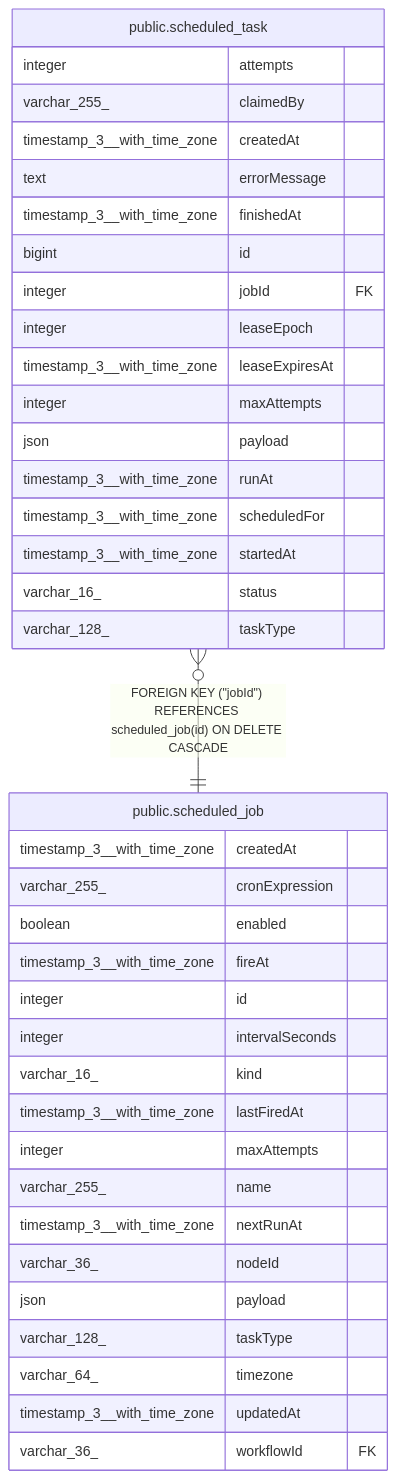
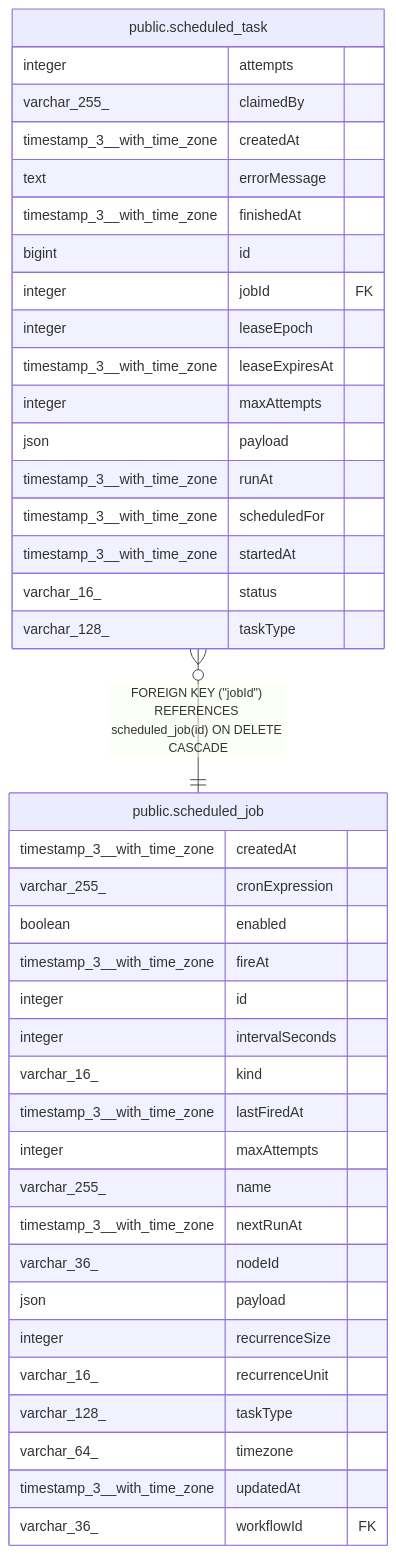
Before and after one commit to mayankjain1815-commits/n8n: the diagram in docs/generated/postgres-schema/public.scheduled_task.md, drawn with Mermaid. The commit also changed 36 other files, not shown here.

````diff
--- a/docs/generated/postgres-schema/public.scheduled_task.md
+++ b/docs/generated/postgres-schema/public.scheduled_task.md
@@ -56,43 +56,45 @@
 ```mermaid
 erDiagram
 
 "public.scheduled_task" }o--|| "public.scheduled_job" : "FOREIGN KEY (#quot;jobId#quot;) REFERENCES scheduled_job(id) ON DELETE CASCADE"
 
 "public.scheduled_task" {
   integer attempts
   varchar_255_ claimedBy
   timestamp_3__with_time_zone createdAt
   text errorMessage
   timestamp_3__with_time_zone finishedAt
   bigint id
   integer jobId FK
   integer leaseEpoch
   timestamp_3__with_time_zone leaseExpiresAt
   integer maxAttempts
   json payload
   timestamp_3__with_time_zone runAt
   timestamp_3__with_time_zone scheduledFor
   timestamp_3__with_time_zone startedAt
   varchar_16_ status
   varchar_128_ taskType
 }
 "public.scheduled_job" {
   timestamp_3__with_time_zone createdAt
   varchar_255_ cronExpression
   boolean enabled
   timestamp_3__with_time_zone fireAt
   integer id
   integer intervalSeconds
   varchar_16_ kind
   timestamp_3__with_time_zone lastFiredAt
   integer maxAttempts
   varchar_255_ name
   timestamp_3__with_time_zone nextRunAt
   varchar_36_ nodeId
   json payload
+  integer recurrenceSize
+  varchar_16_ recurrenceUnit
   varchar_128_ taskType
   varchar_64_ timezone
   timestamp_3__with_time_zone updatedAt
   varchar_36_ workflowId FK
 }
 ```
````
